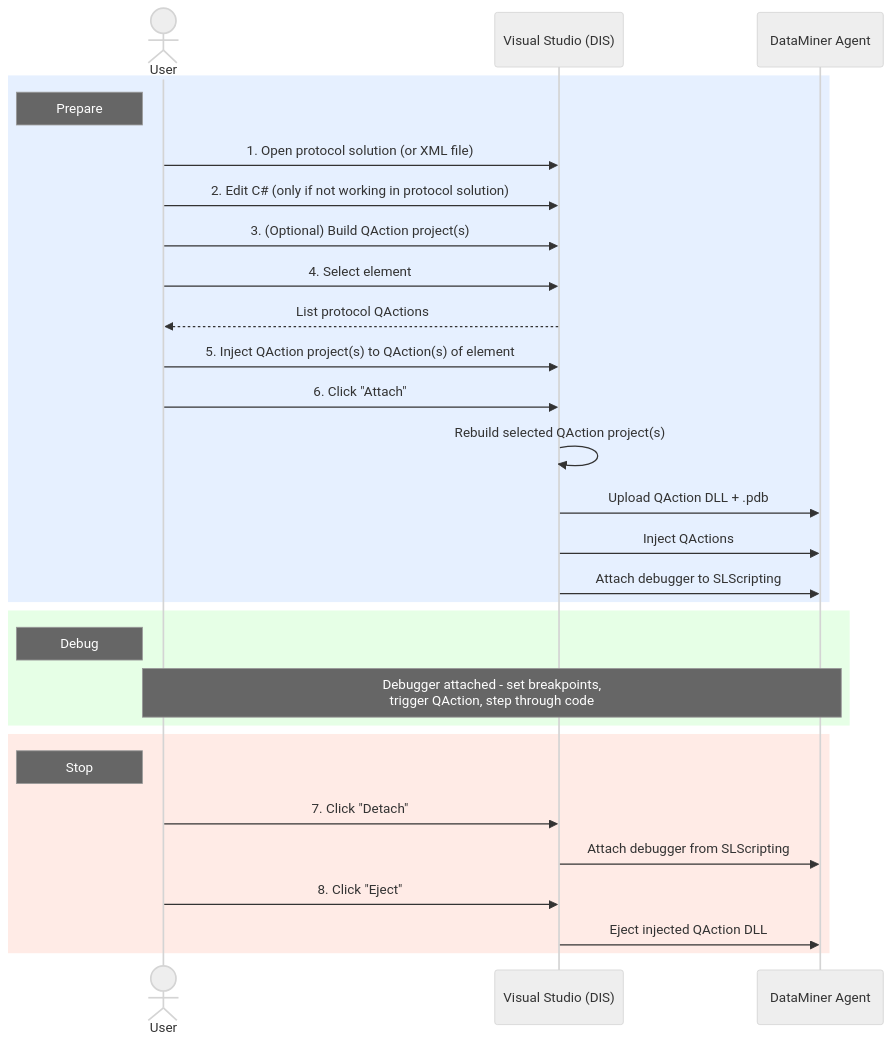
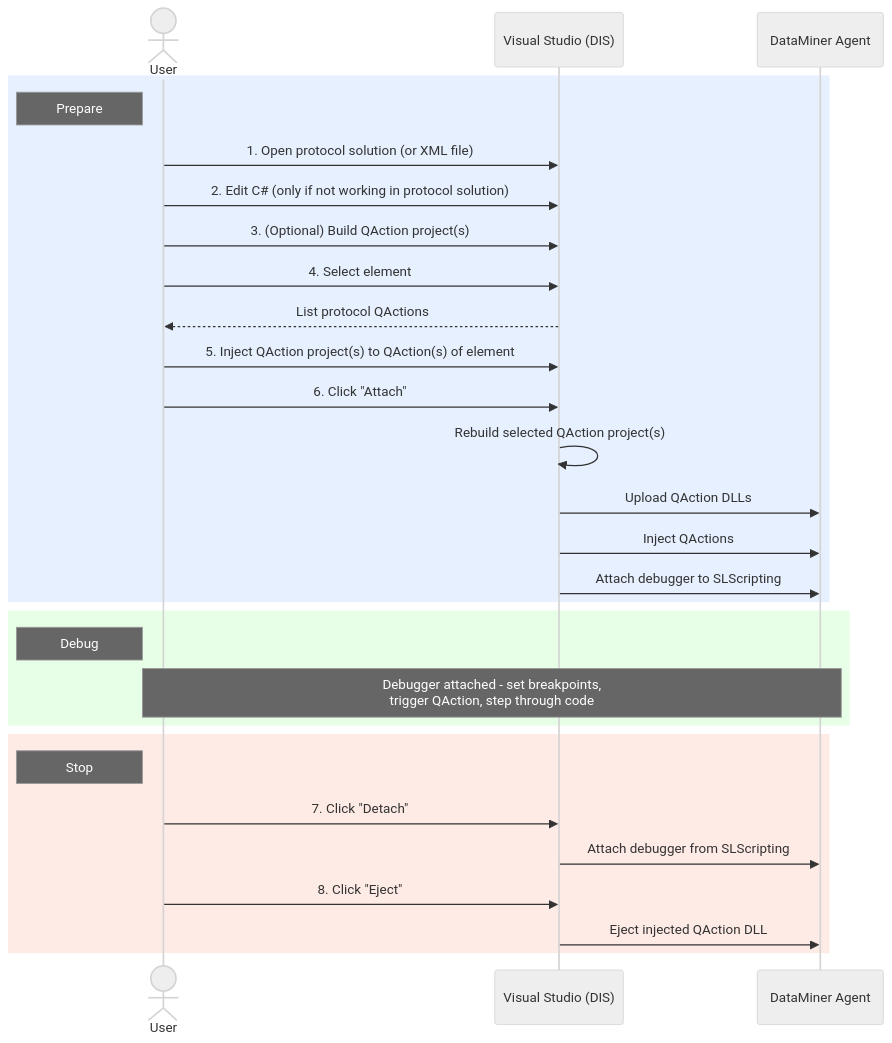
One commit to SkylineCommunications/dataminer-docs changed the diagram in develop/TOOLS/DIS/Debugging/Concept_of_debugging_connectors_and_Automation_scripts.md. Above: the diagram before and after it, drawn with Mermaid (neutral theme). The commit also changed other lines of this file, not shown here.

````diff
--- a/develop/TOOLS/DIS/Debugging/Concept_of_debugging_connectors_and_Automation_scripts.md
+++ b/develop/TOOLS/DIS/Debugging/Concept_of_debugging_connectors_and_Automation_scripts.md
@@ -18,34 +18,34 @@
 ```mermaid
 sequenceDiagram
     actor User
     participant VS as Visual Studio (DIS)
     participant Agent as DataMiner Agent
 
     rect rgb(230, 240, 255)
     Note left of User: Prepare
     User->>VS: 1. Open protocol solution (or XML file)
     User->>VS: 2. Edit C#35; (only if not working in protocol solution)
     User->>VS: 3. (Optional) Build QAction project(s)
     User->>VS: 4. Select element
     VS-->>User: List protocol QActions
     User->>VS: 5. Inject QAction project(s) to QAction(s) of element
     User->>VS: 6. Click "Attach"
     VS->>VS: Rebuild selected QAction project(s)
-    VS->>Agent: Upload QAction DLL + .pdb
+    VS->>Agent: Upload QAction DLLs
     VS->>Agent: Inject QActions
     VS->>Agent: Attach debugger to SLScripting
     end
 
     rect rgb(230, 255, 230)
     Note left of User: Debug
     Note over User,Agent: Debugger attached - set breakpoints,<br/>trigger QAction, step through code
     end
 
     rect rgb(255, 235, 230)
     Note left of User: Stop
     User->>VS: 7. Click "Detach"
     VS->>Agent: Attach debugger from SLScripting
     User->>VS: 8. Click "Eject"
     VS->>Agent: Eject injected QAction DLL
     end
 ```
````
